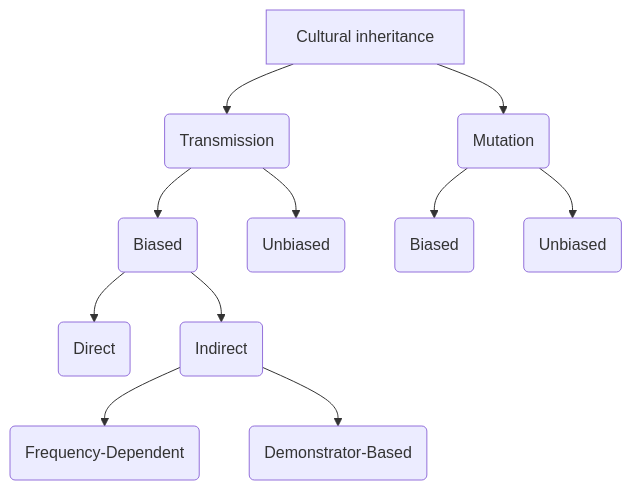
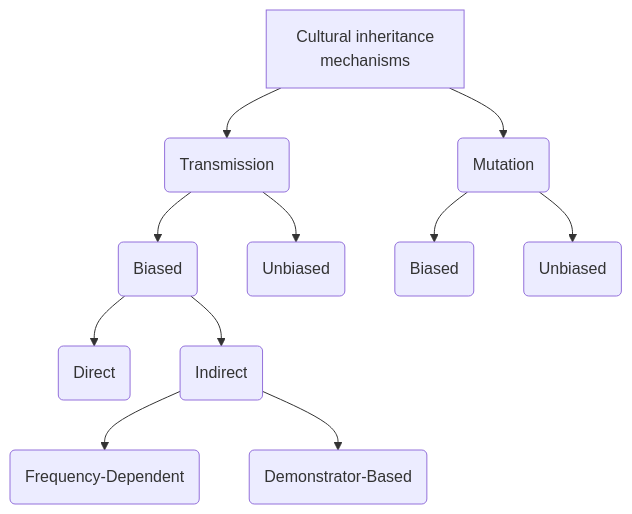
One commit to fabianmoss/musicmemes changed the diagram in intro.qmd. Above: the diagram before and after it, drawn with Mermaid. The commit also changed other lines of this file and 12 other files, not shown here.

````diff
--- a/intro.qmd
+++ b/intro.qmd
@@ -44,13 +67,13 @@
 ```{mermaid}
 flowchart TD
-  C[Cultural inheritance] --> T(Transmission)
+  C[Cultural inheritance \n mechanisms] --> T(Transmission)
   C --> M(Mutation)
   T --> BT(Biased)
   T --> UT(Unbiased)
   M --> BM(Biased)
   M --> UM(Unbiased)
   BT --> D(Direct)
   BT --> I(Indirect)
   I --> FD(Frequency-Dependent)
   I --> DB(Demonstrator-Based)
 ```
````
